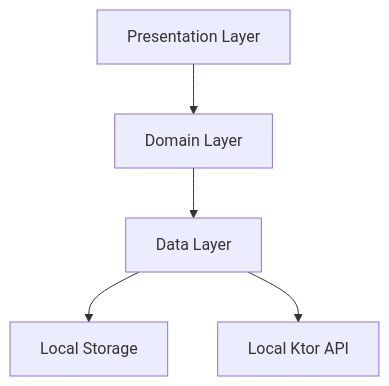
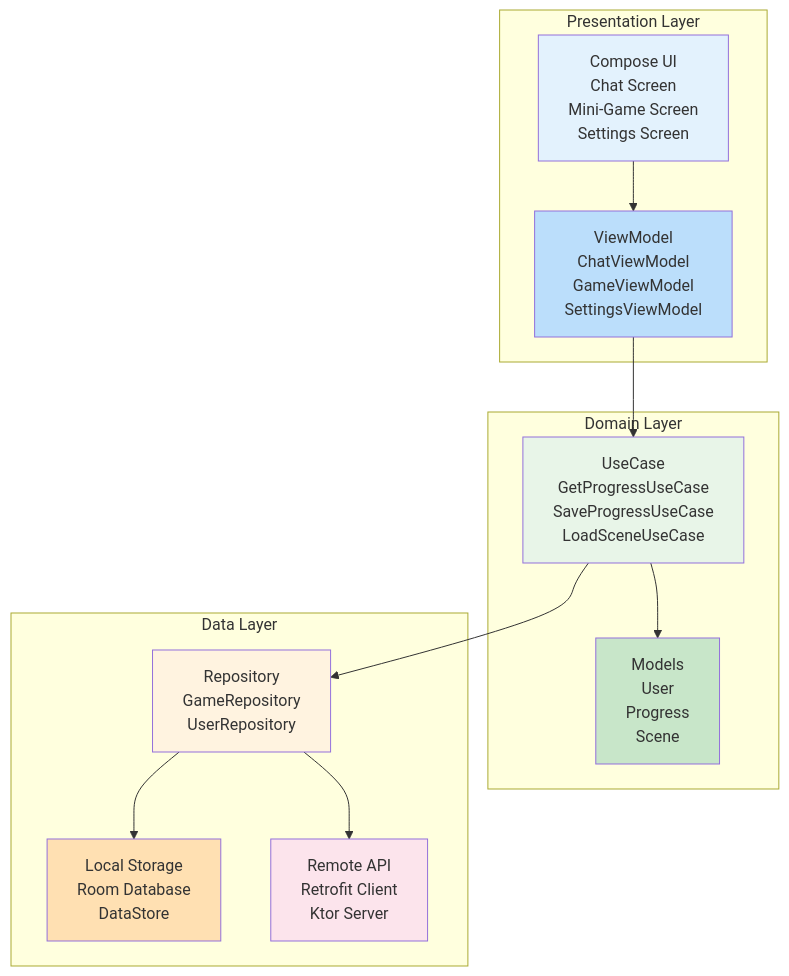
Before and after one commit to Angel-Energy/diplom-: the sixth of 31 diagrams in ALL_DIAGRAMS.md, drawn with Mermaid. The commit also changed other lines of this file, not shown here.

Commit message:
Enhance diagram text with detailed descriptions, subgraphs, and styling

````diff
--- a/ALL_DIAGRAMS.md
+++ b/ALL_DIAGRAMS.md
@@ -110,7 +167,29 @@
 ```mermaid
 graph TB
-    A[Presentation Layer] --> B[Domain Layer]
-    B --> C[Data Layer]
-    C --> D[Local Storage]
-    C --> E[Local Ktor API]
+    subgraph "Presentation Layer"
+        A[Compose UI<br/>Chat Screen<br/>Mini-Game Screen<br/>Settings Screen]
+        B[ViewModel<br/>ChatViewModel<br/>GameViewModel<br/>SettingsViewModel]
+    end
+    subgraph "Domain Layer"
+        C[UseCase<br/>GetProgressUseCase<br/>SaveProgressUseCase<br/>LoadSceneUseCase]
+        D[Models<br/>User<br/>Progress<br/>Scene]
+    end
+    subgraph "Data Layer"
+        E[Repository<br/>GameRepository<br/>UserRepository]
+        F[Local Storage<br/>Room Database<br/>DataStore]
+        G[Remote API<br/>Retrofit Client<br/>Ktor Server]
+    end
+    A --> B
+    B --> C
+    C --> D
+    C --> E
+    E --> F
+    E --> G
+    style A fill:#e3f2fd
+    style B fill:#bbdefb
+    style C fill:#e8f5e8
+    style D fill:#c8e6c9
+    style E fill:#fff3e0
+    style F fill:#ffe0b2
+    style G fill:#fce4ec
 ```
````
